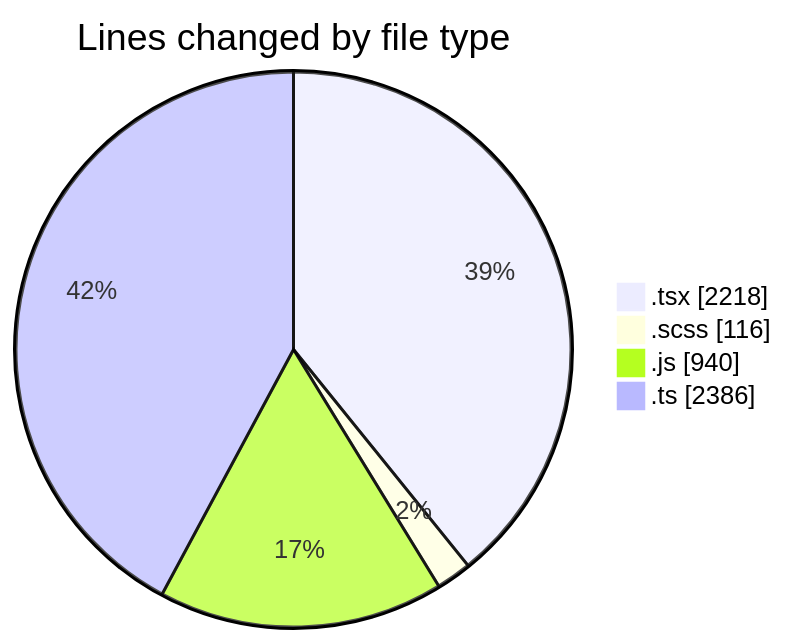
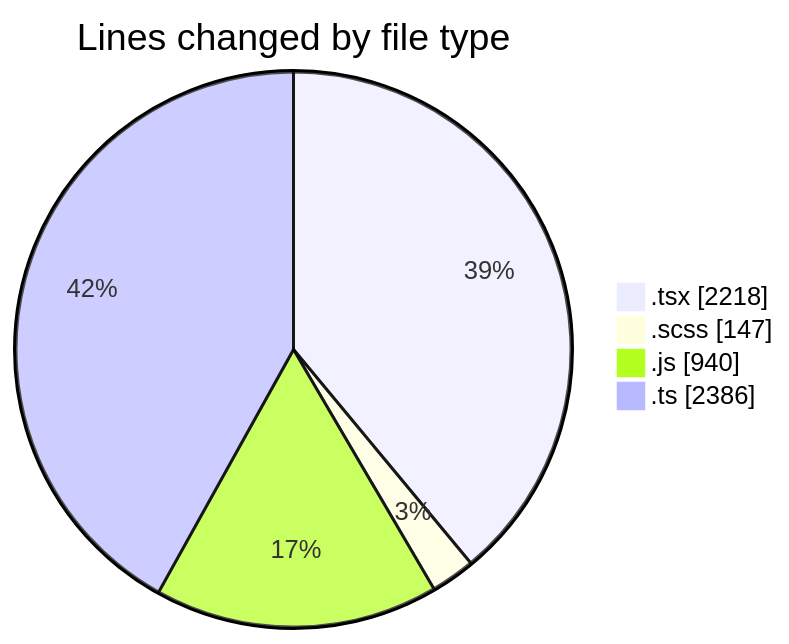
The first of 2 diagrams in 2026-07-15/cda/README.md (momahboobian/code-tracking), drawn with Mermaid before and after one commit. The commit also changed other lines of this file and 1 other file, not shown here.

````diff
--- a/2026-07-15/cda/README.md
+++ b/2026-07-15/cda/README.md
@@ -50,8 +51,8 @@
 ```mermaid
 pie showData
 title Lines changed by file type
 ".tsx" : 2218
-".scss" : 116
+".scss" : 147
 ".js" : 940
 ".ts" : 2386
 ```
````
